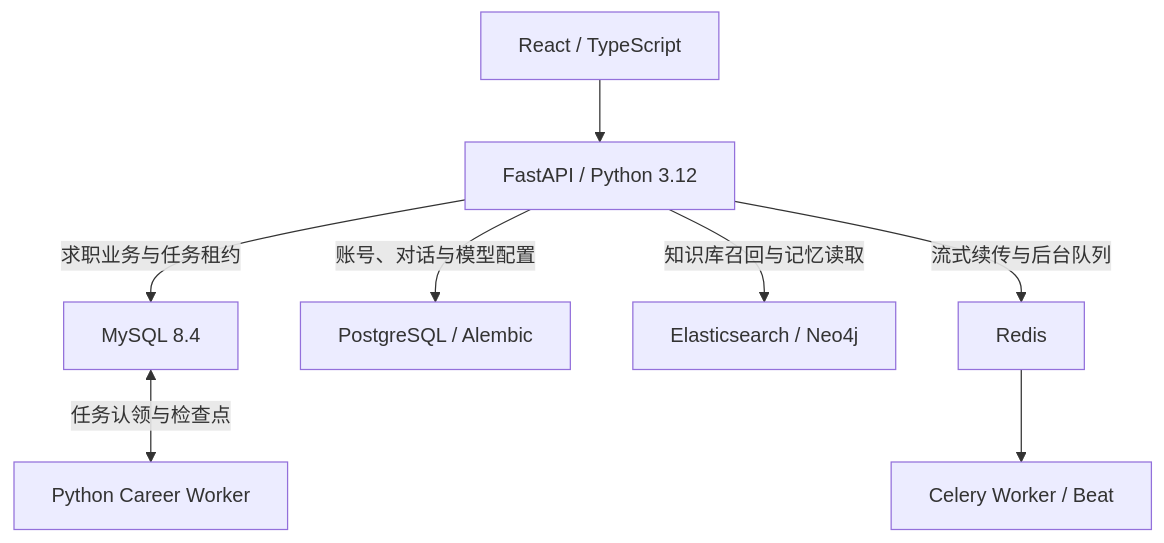
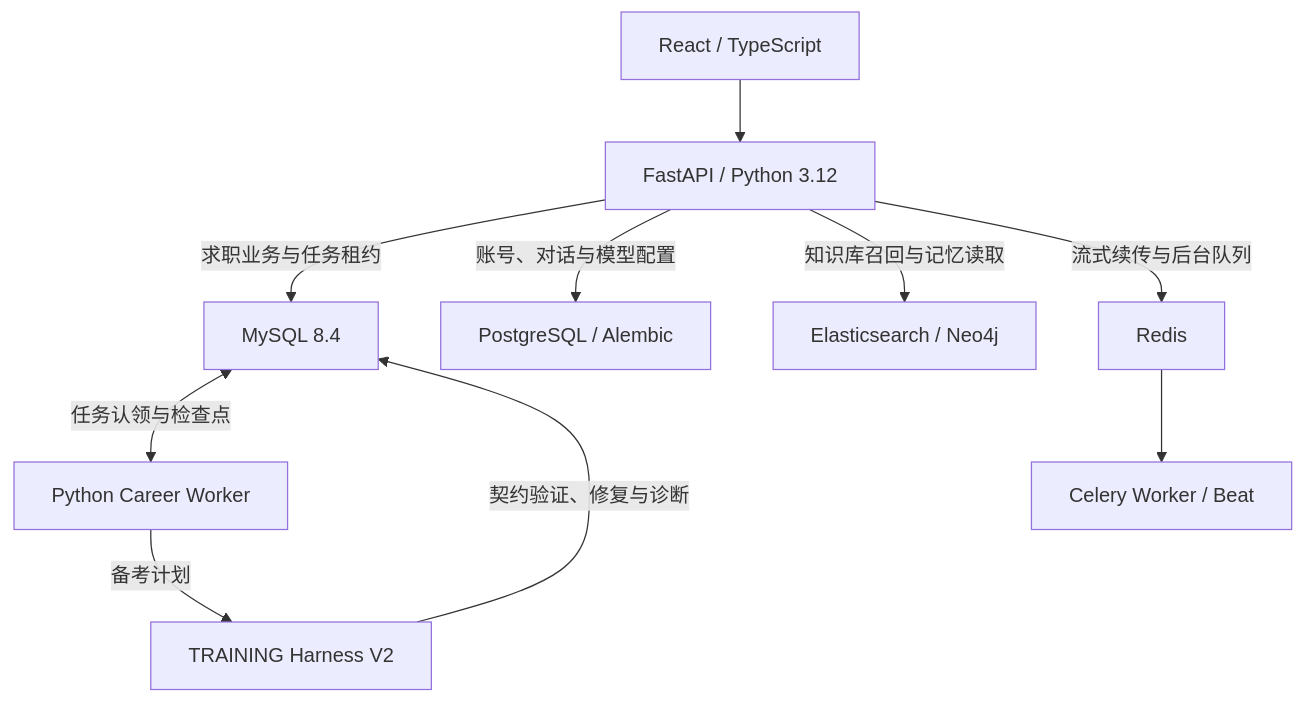
Before and after one commit to JonyChuang/Search_Agent: the diagram in README.md, drawn with Mermaid. The commit also changed other lines of this file and 40 other files, not shown here.

Commit message:
feat: add contract-driven career training harness v2

````diff
--- a/README.md
+++ b/README.md
@@ -72,10 +72,12 @@
 ```mermaid
 flowchart TD
     UI["React / TypeScript"] --> API["FastAPI / Python 3.12"]
     API -->|求职业务与任务租约| Career["MySQL 8.4"]
     Career <-->|任务认领与检查点| CareerWorker["Python Career Worker"]
+    CareerWorker -->|备考计划| Training["TRAINING Harness V2"]
+    Training -->|契约验证、修复与诊断| Career
     API -->|账号、对话与模型配置| Data["PostgreSQL / Alembic"]
     API -->|知识库召回与记忆读取| Retrieval["Elasticsearch / Neo4j"]
     API -->|流式续传与后台队列| Redis["Redis"]
     Redis --> Workers["Celery Worker / Beat"]
 ```
````
